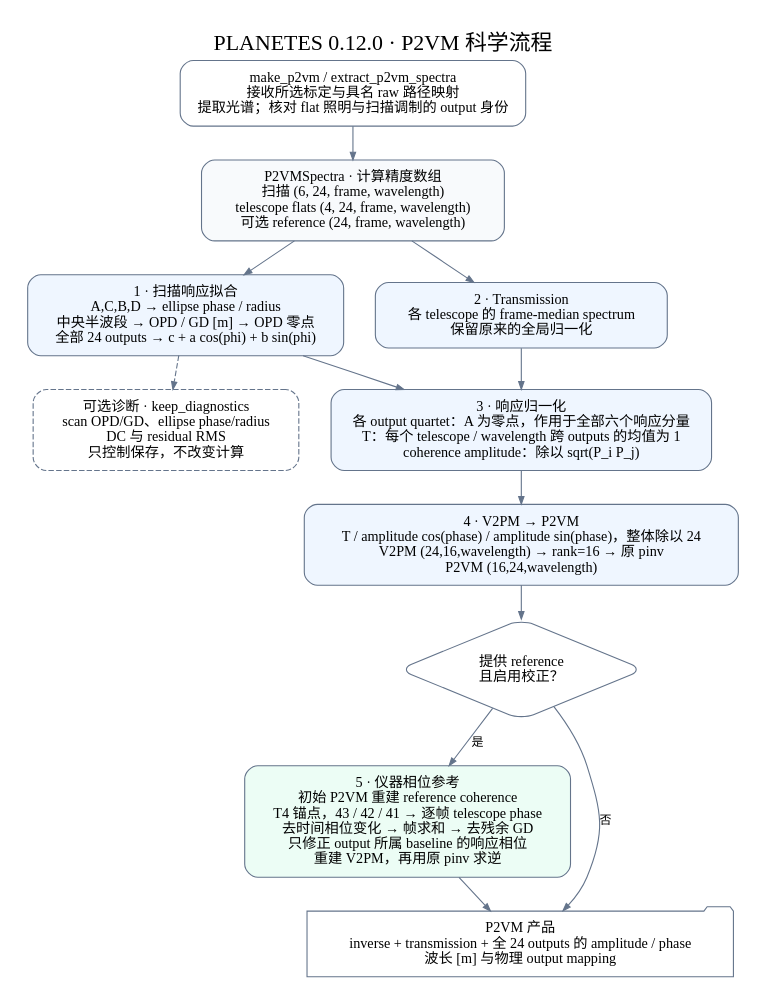
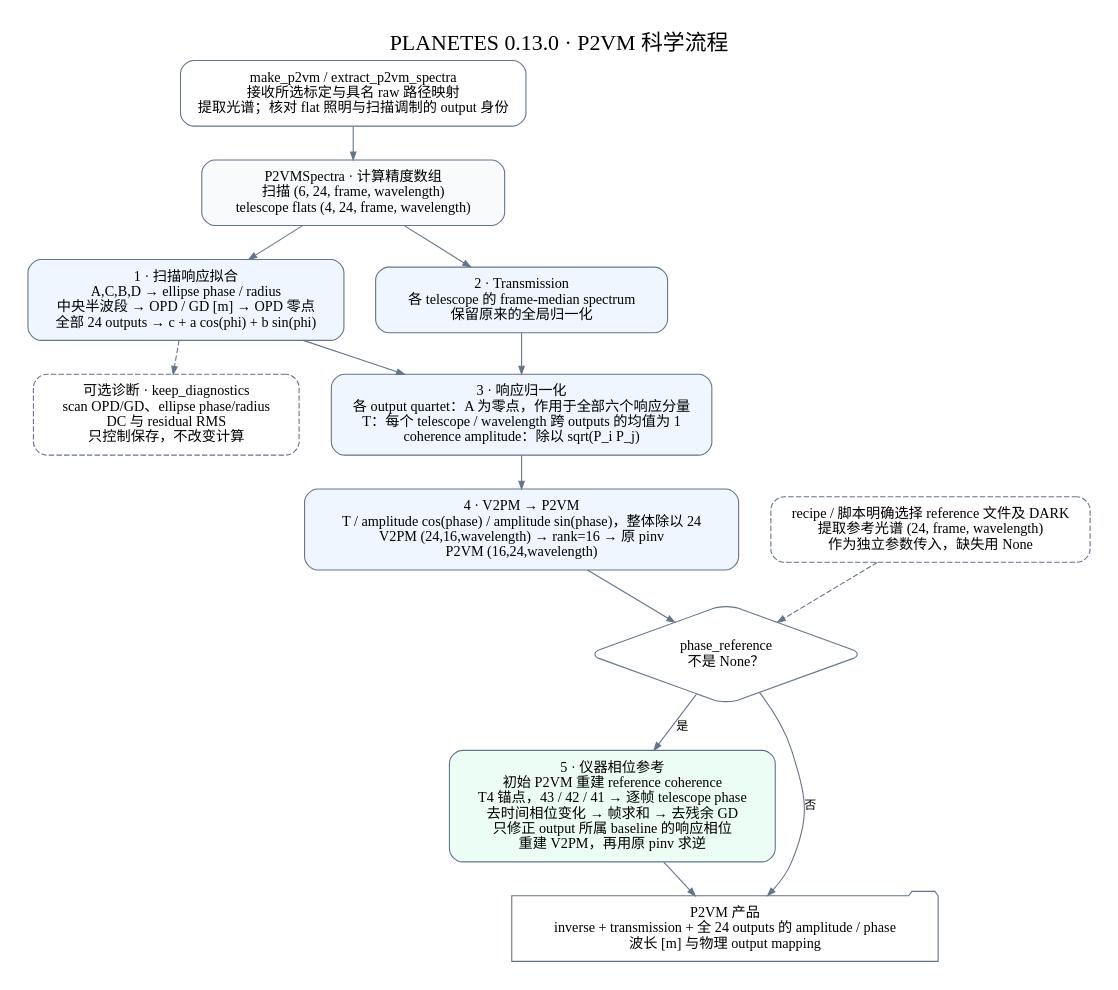
The diagram in docs/p2vm_flow.dot (zexwu/planetes_pipe), drawn with Graphviz before and after one commit. The commit also changed 37 other files, not shown here.

```diff
--- a/docs/p2vm_flow.dot
+++ b/docs/p2vm_flow.dot
@@ -1,26 +1,28 @@
 digraph P2VM {
-  graph [rankdir=TB, bgcolor="white", pad=0.25, nodesep=0.4, ranksep=0.4, fontname="PingFang SC", fontsize=20, label="PLANETES 0.12.0 · P2VM 科学流程", labelloc=t];
+  graph [rankdir=TB, bgcolor="white", pad=0.25, nodesep=0.4, ranksep=0.4, fontname="PingFang SC", fontsize=20, label="PLANETES 0.13.0 · P2VM 科学流程", labelloc=t];
   node [shape=box, style="rounded", fontname="PingFang SC", fontsize=13, color="#64748b", margin="0.16,0.12"];
   edge [fontname="PingFang SC", fontsize=11, color="#64748b", arrowsize=0.7];
   files [label="make_p2vm / extract_p2vm_spectra\n接收所选标定与具名 raw 路径映射\n提取光谱；核对 flat 照明与扫描调制的 output 身份"];
-  spectra [label="P2VMSpectra · 计算精度数组\n扫描 (6, 24, frame, wavelength)\ntelescope flats (4, 24, frame, wavelength)\n可选 reference (24, frame, wavelength)", style="rounded,filled", fillcolor="#f8fafc"];
+  spectra [label="P2VMSpectra · 计算精度数组\n扫描 (6, 24, frame, wavelength)\ntelescope flats (4, 24, frame, wavelength)", style="rounded,filled", fillcolor="#f8fafc"];
   scan [label="1 · 扫描响应拟合\nA,C,B,D → ellipse phase / radius\n中央半波段 → OPD / GD [m] → OPD 零点\n全部 24 outputs → c + a cos(phi) + b sin(phi)", style="rounded,filled", fillcolor="#eff6ff"];
   transmission [label="2 · Transmission\n各 telescope 的 frame-median spectrum\n保留原来的全局归一化", style="rounded,filled", fillcolor="#eff6ff"];
   normalize [label="3 · 响应归一化\n各 output quartet：A 为零点，作用于全部六个响应分量\nT：每个 telescope / wavelength 跨 outputs 的均值为 1\ncoherence amplitude：除以 sqrt(P_i P_j)", style="rounded,filled", fillcolor="#eff6ff"];
   inverse [label="4 · V2PM → P2VM\nT / amplitude cos(phase) / amplitude sin(phase)，整体除以 24\nV2PM (24,16,wavelength) → rank=16 → 原 pinv\nP2VM (16,24,wavelength)", style="rounded,filled", fillcolor="#eff6ff"];
-  optional [shape=diamond, label="提供 reference\n且启用校正？"];
+  optional [shape=diamond, label="phase_reference\n不是 None？"];
   phase [label="5 · 仪器相位参考\n初始 P2VM 重建 reference coherence\nT4 锚点，43 / 42 / 41 → 逐帧 telescope phase\n去时间相位变化 → 帧求和 → 去残余 GD\n只修正 output 所属 baseline 的响应相位\n重建 V2PM，再用原 pinv 求逆", style="rounded,filled", fillcolor="#ecfdf5"];
   product [label="P2VM 产品\ninverse + transmission + 全 24 outputs 的 amplitude / phase\n波长 [m] 与物理 output mapping", shape=folder];
   diagnostics [label="可选诊断 · keep_diagnostics\nscan OPD/GD、ellipse phase/radius\nDC 与 residual RMS\n只控制保存，不改变计算", style="rounded,dashed"];
   files -> spectra;
+  reference [label="recipe / 脚本明确选择 reference 文件及 DARK\n提取参考光谱 (24, frame, wavelength)\n作为独立参数传入，缺失用 None", style="rounded,dashed"];
+  reference -> optional [style=dashed];
   spectra -> scan;
   spectra -> transmission;
   {rank=same; scan; transmission;}
   scan -> normalize;
   transmission -> normalize;
   normalize -> inverse -> optional;
   optional -> phase [label="是"];
   optional -> product [label="否"];
   phase -> product;
   scan -> diagnostics [style=dashed];
 }
```
